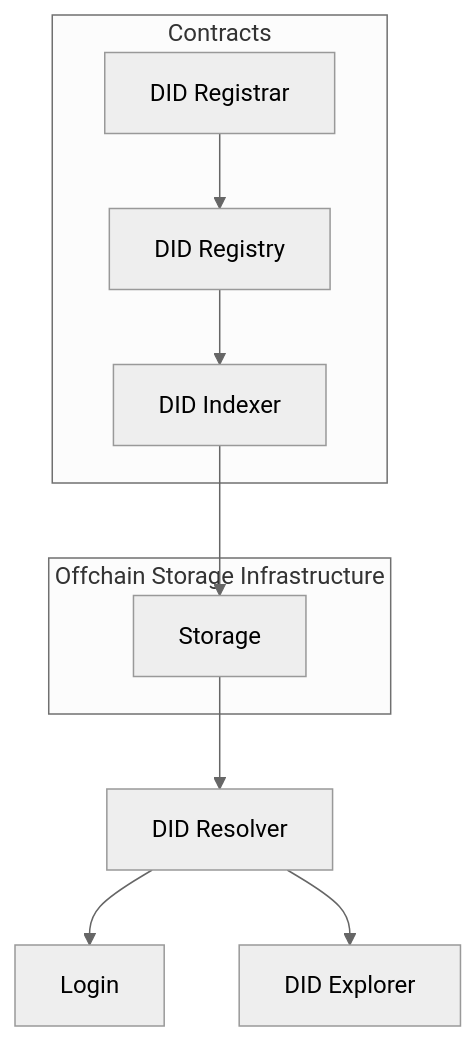
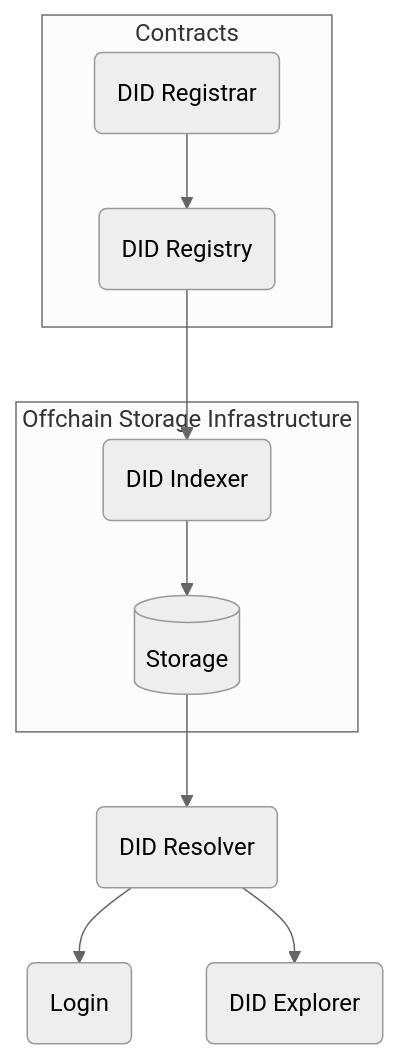
The diagram in cn/products/codatta-did.mdx (codatta/mintlify-docs), drawn with Mermaid (neutral theme) before and after one commit.

Commit message:
doc: update did

````diff
--- a/cn/products/codatta-did.mdx
+++ b/cn/products/codatta-did.mdx
@@ -27,17 +27,17 @@
 ```mermaid
 graph TB
     %%Codatta DID%%
 
     subgraph Contracts
-        C1[DID Registrar] --> C2[DID Registry]
-        C2 --> O1
+        C1(DID Registrar) --> C2(DID Registry)
     end
 
     subgraph Offchain Storage Infrastructure
-        O1[DID Indexer] --> O2[Storage]
+        O1(DID Indexer) --> O2[(Storage)]
     end
 
+    C2 --> O1
     O2 --> RESOLVER
-    RESOLVER[DID Resolver] --> A1[Login]
-    RESOLVER[DID Resolver] --> A2[DID Explorer]
+    RESOLVER(DID Resolver) --> A1(Login)
+    RESOLVER(DID Resolver) --> A2(DID Explorer)
 ```
````
